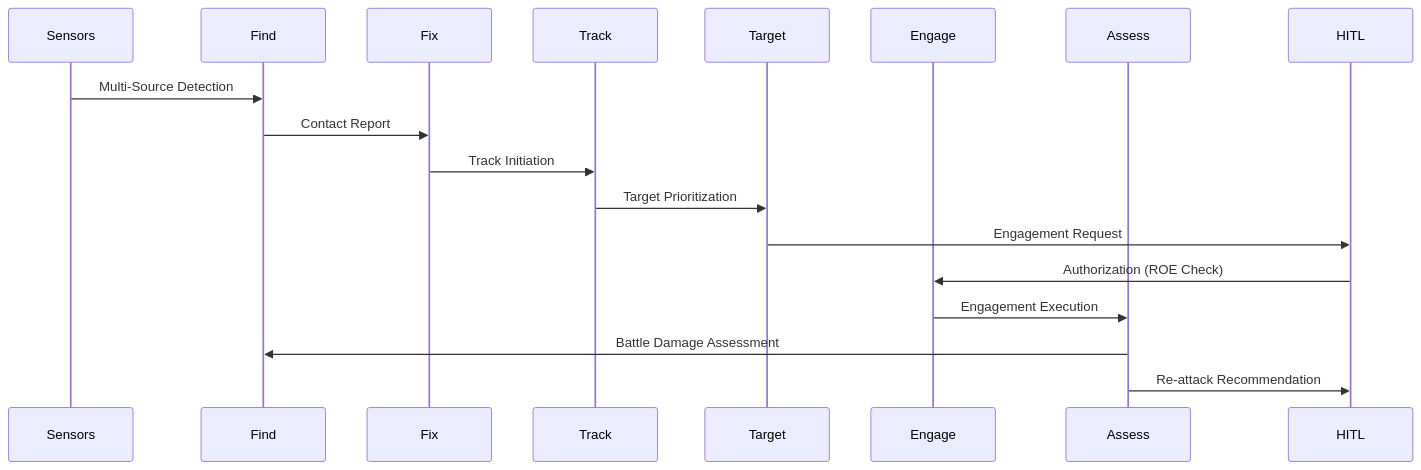
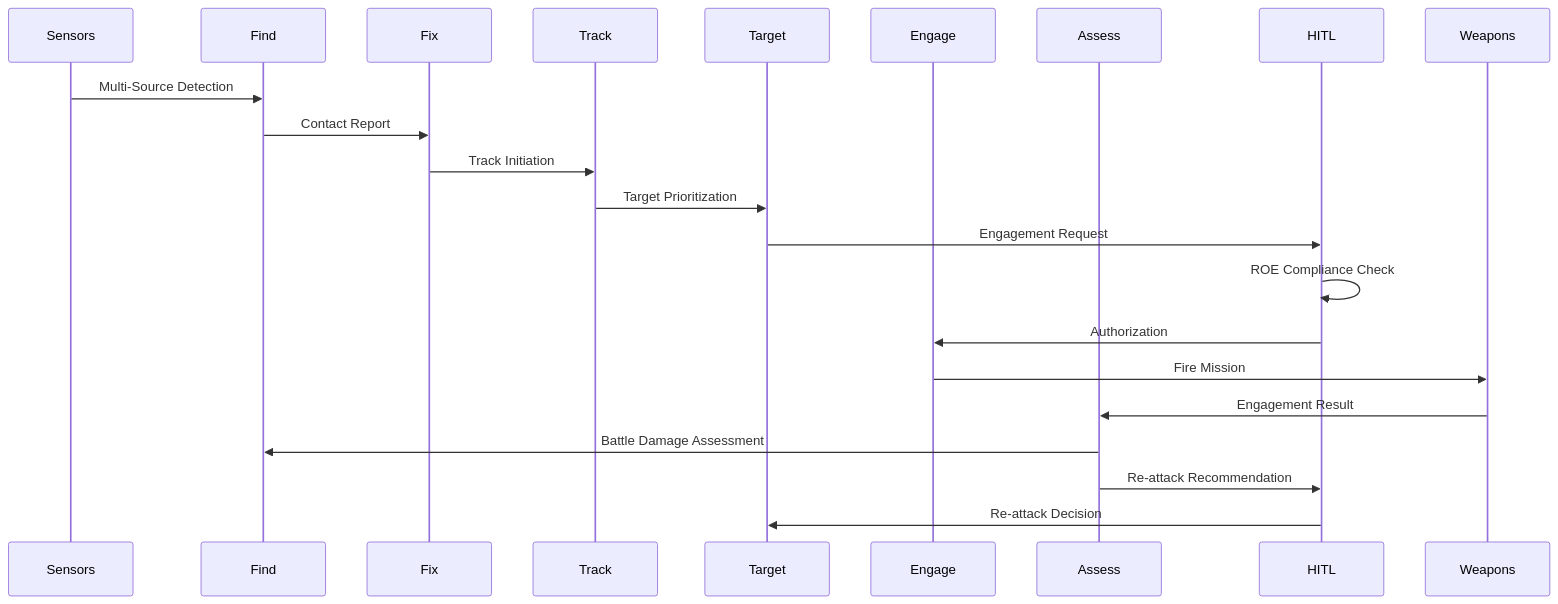
Before and after one commit to AAH20/Apex_JADC2: the third of 5 diagrams in README.md, drawn with Mermaid. The commit also changed other lines of this file and 4 other files, not shown here.

Commit message:
Enhance: README, demos, gap analysis, mermaid diagrams, CI/CD, Docker, Helm, Terraform

````diff
--- a/README.md
+++ b/README.md
@@ -90,21 +166,25 @@
 ```mermaid
 sequenceDiagram
     participant S as Sensors
     participant F as Find
     participant Fx as Fix
     participant T as Track
     participant Tg as Target
     participant E as Engage
     participant A as Assess
     participant H as HITL
+    participant W as Weapons
 
     S->>F: Multi-Source Detection
     F->>Fx: Contact Report
     Fx->>T: Track Initiation
     T->>Tg: Target Prioritization
     Tg->>H: Engagement Request
-    H->>E: Authorization (ROE Check)
-    E->>A: Engagement Execution
+    H->>H: ROE Compliance Check
+    H->>E: Authorization
+    E->>W: Fire Mission
+    W->>A: Engagement Result
     A->>F: Battle Damage Assessment
     A->>H: Re-attack Recommendation
+    H->>Tg: Re-attack Decision
 ```
````
